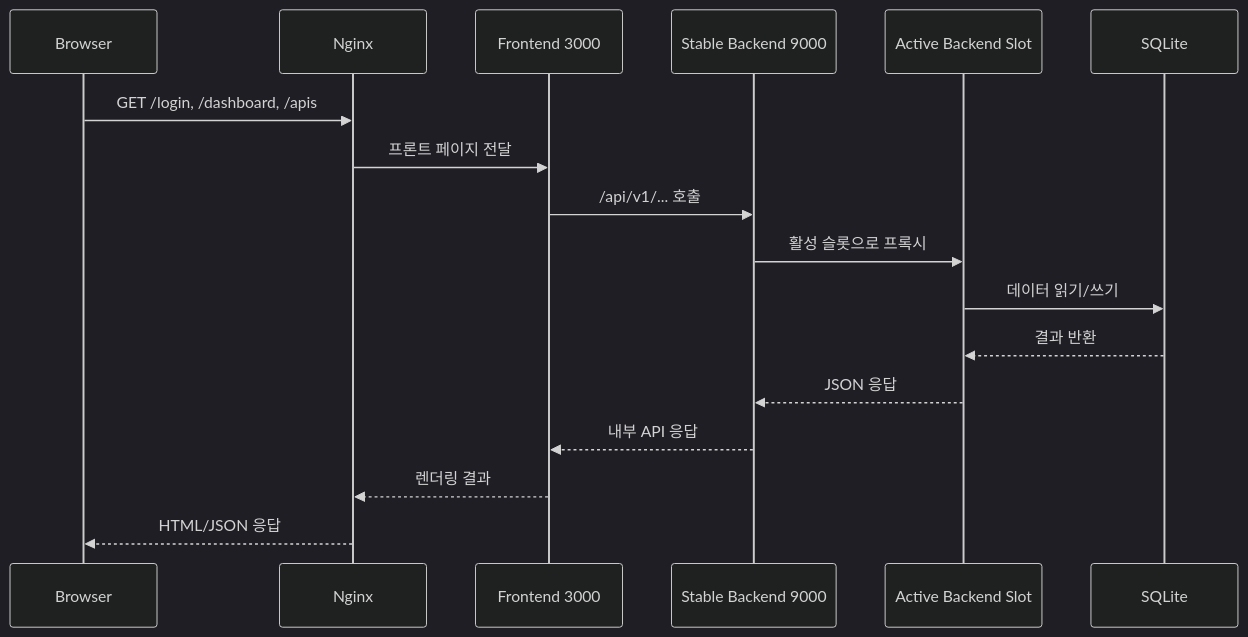
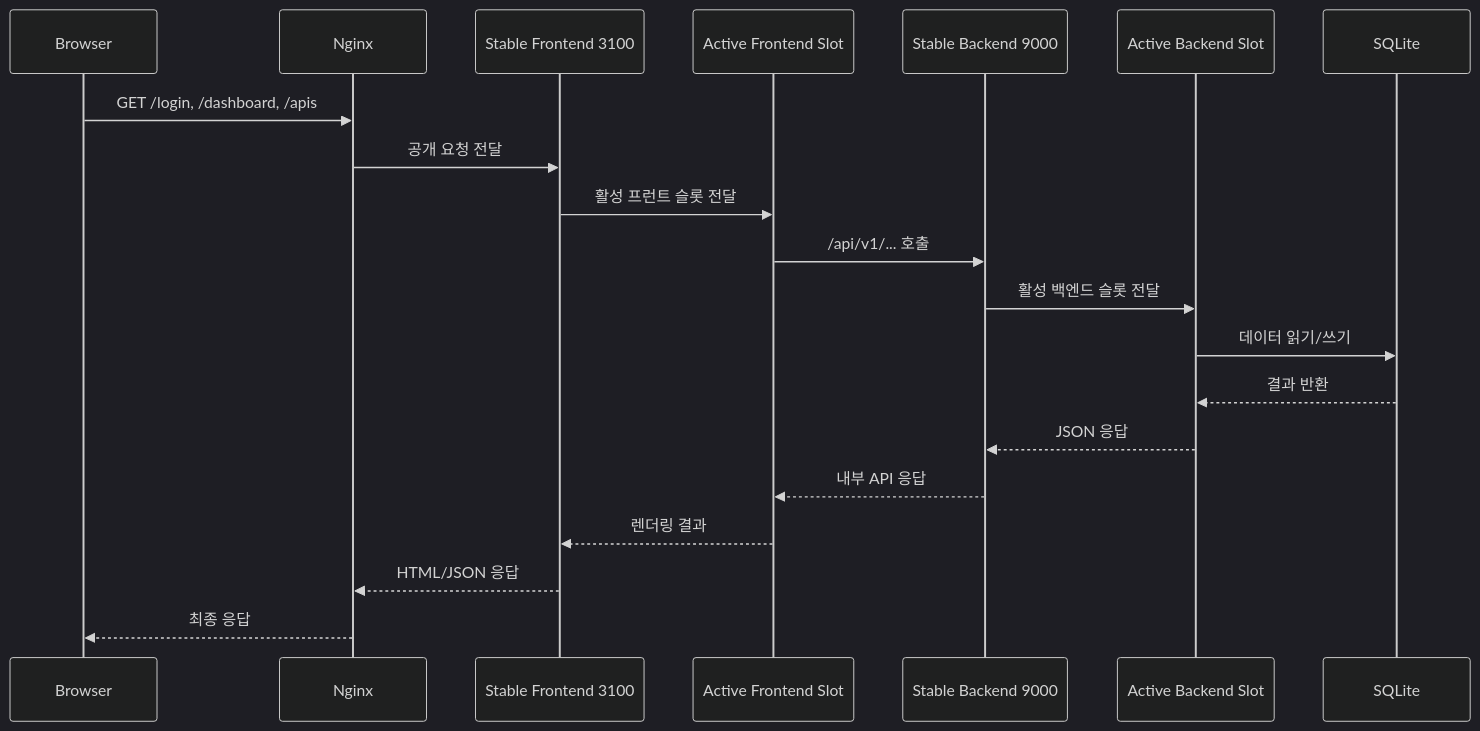
Before and after one commit to shinymjg77-ux/my-api: the second of 4 diagrams in docs/system-overview.md, drawn with Mermaid (dark theme). The commit also changed other lines of this file and 19 other files, not shown here.

Commit message:
Add frontend dual-slot deployment flow

````diff
--- a/docs/system-overview.md
+++ b/docs/system-overview.md
@@ -39,20 +42,23 @@
 ```mermaid
 sequenceDiagram
     participant B as Browser
     participant N as Nginx
-    participant F as Frontend 3000
-    participant S as Stable Backend 9000
-    participant A as Active Backend Slot
+    participant SF as Stable Frontend 3100
+    participant FF as Active Frontend Slot
+    participant SB as Stable Backend 9000
+    participant BB as Active Backend Slot
     participant D as SQLite
 
     B->>N: GET /login, /dashboard, /apis
-    N->>F: 프론트 페이지 전달
-    F->>S: /api/v1/... 호출
-    S->>A: 활성 슬롯으로 프록시
-    A->>D: 데이터 읽기/쓰기
-    D-->>A: 결과 반환
-    A-->>S: JSON 응답
-    S-->>F: 내부 API 응답
-    F-->>N: 렌더링 결과
-    N-->>B: HTML/JSON 응답
+    N->>SF: 공개 요청 전달
+    SF->>FF: 활성 프런트 슬롯 전달
+    FF->>SB: /api/v1/... 호출
+    SB->>BB: 활성 백엔드 슬롯 전달
+    BB->>D: 데이터 읽기/쓰기
+    D-->>BB: 결과 반환
+    BB-->>SB: JSON 응답
+    SB-->>FF: 내부 API 응답
+    FF-->>SF: 렌더링 결과
+    SF-->>N: HTML/JSON 응답
+    N-->>B: 최종 응답
 ```
````
